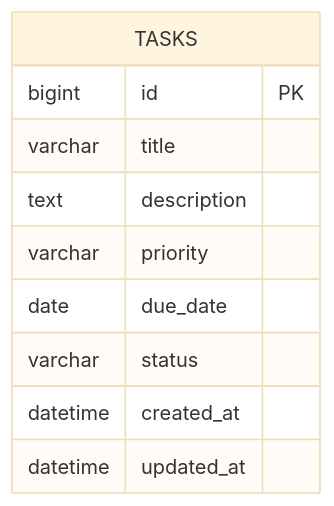
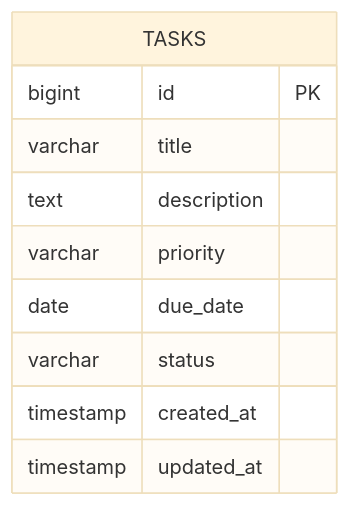
The diagram in docs/database-design.md (Ryo-Hideshima/AI_course), drawn with Mermaid (base theme) before and after one commit. The commit also changed other lines of this file and 3 other files, not shown here.

````diff
--- a/docs/database-design.md
+++ b/docs/database-design.md
@@ -6,13 +6,13 @@
 ```mermaid
 erDiagram
     TASKS {
         bigint id PK
         varchar title
         text description
         varchar priority
         date due_date
         varchar status
-        datetime created_at
-        datetime updated_at
+        timestamp created_at
+        timestamp updated_at
     }
 ```
````
